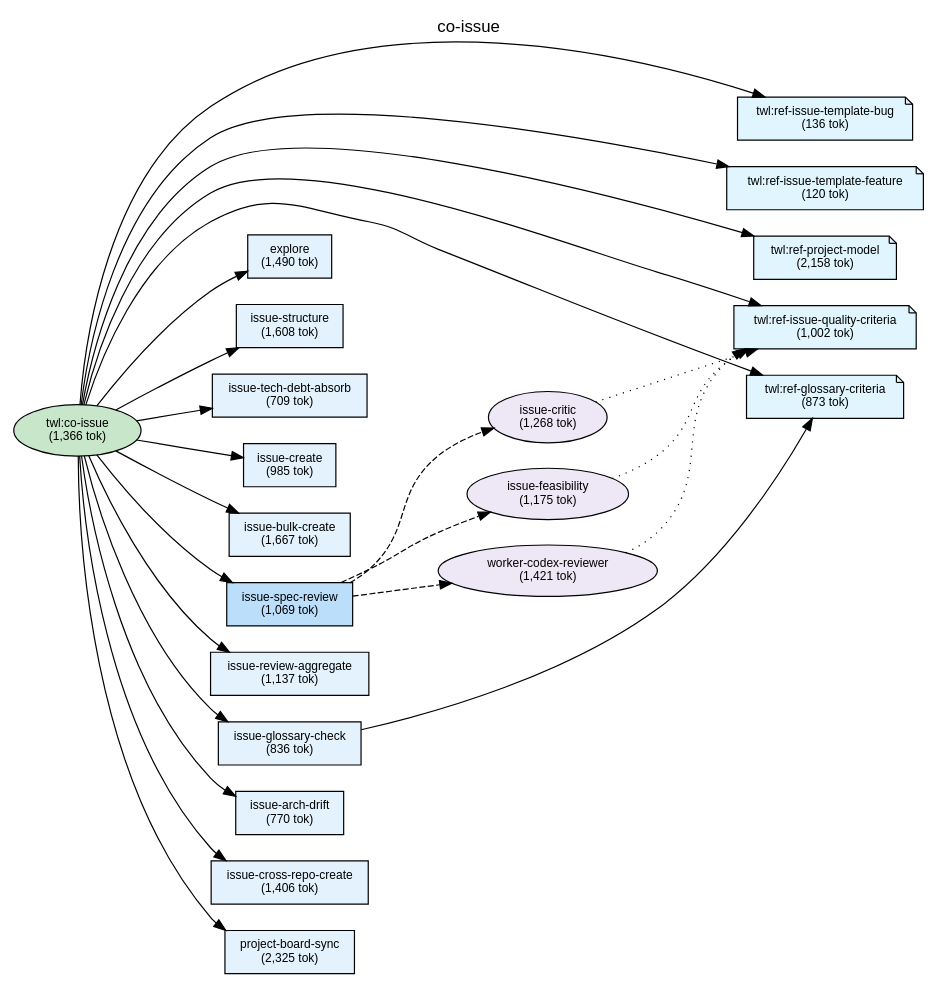
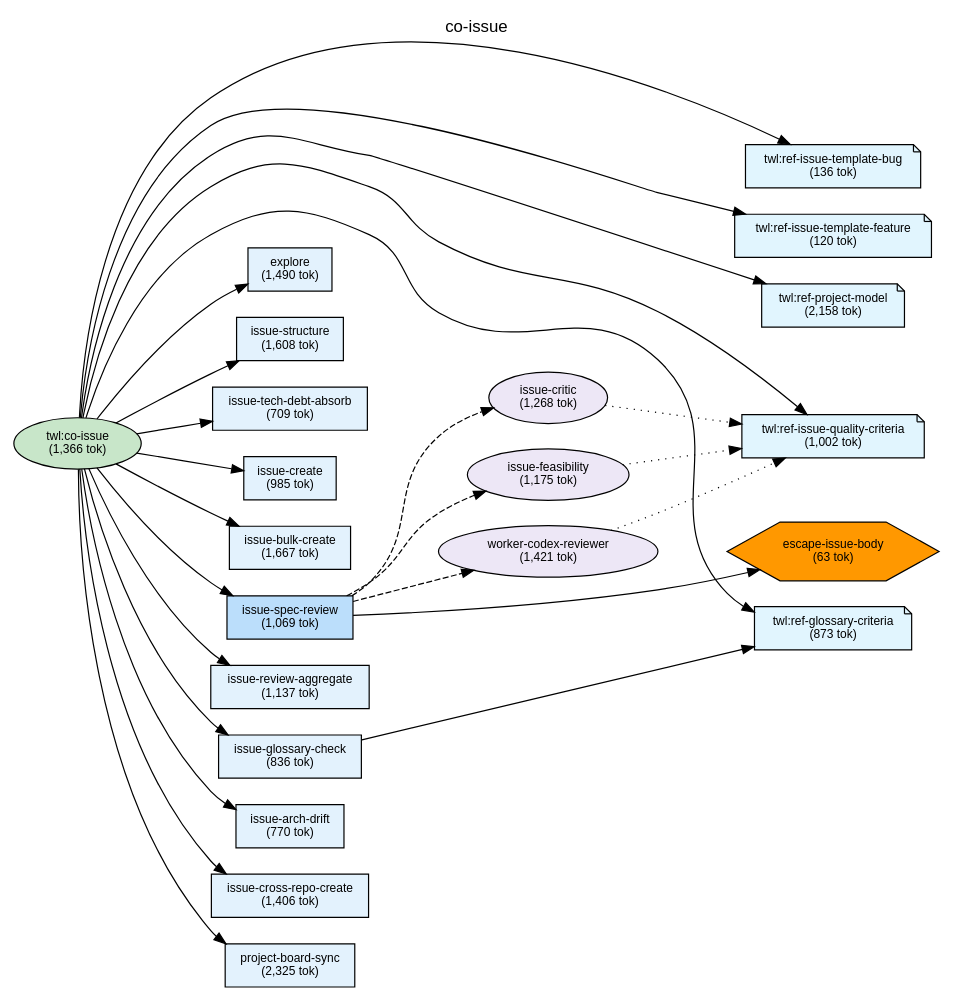
The diagram in plugins/twl/docs/deps-co-issue.dot (shuu5/twill), drawn with Graphviz before and after one commit. The commit also changed 17 other files, not shown here.

```diff
--- a/plugins/twl/docs/deps-co-issue.dot
+++ b/plugins/twl/docs/deps-co-issue.dot
@@ -1,101 +1,105 @@
 digraph Dependencies {
     // Graph settings
     rankdir=LR;
     ranksep=0.8;
     nodesep=0.3;
     fontname="Helvetica";
     node [fontname="Helvetica", fontsize=10];
     edge [fontname="Helvetica", fontsize=9];
     label="co-issue";
     labelloc=t;
     fontsize=14;
 
     // L0: Controller Skills
     skill_co_issue [label="twl:co-issue\n(1,366 tok)", shape=ellipse, style=filled, fillcolor="#c8e6c9"];
 
     // L0: Launchers
 
     // L0.5: Workflow Skills
 
     // Reference Skills
     skill_ref_issue_template_bug [label="twl:ref-issue-template-bug\n(136 tok)", shape=note, style=filled, fillcolor="#e1f5fe"];
     skill_ref_issue_template_feature [label="twl:ref-issue-template-feature\n(120 tok)", shape=note, style=filled, fillcolor="#e1f5fe"];
     skill_ref_project_model [label="twl:ref-project-model\n(2,158 tok)", shape=note, style=filled, fillcolor="#e1f5fe"];
     skill_ref_issue_quality_criteria [label="twl:ref-issue-quality-criteria\n(1,002 tok)", shape=note, style=filled, fillcolor="#e1f5fe"];
     skill_ref_glossary_criteria [label="twl:ref-glossary-criteria\n(873 tok)", shape=note, style=filled, fillcolor="#e1f5fe"];
 
     // L1: Direct Commands
     cmd_issue_structure [label="issue-structure\n(1,608 tok)", shape=box, style=filled, fillcolor="#e3f2fd"];
     cmd_issue_create [label="issue-create\n(985 tok)", shape=box, style=filled, fillcolor="#e3f2fd"];
     cmd_issue_bulk_create [label="issue-bulk-create\n(1,667 tok)", shape=box, style=filled, fillcolor="#e3f2fd"];
     cmd_issue_tech_debt_absorb [label="issue-tech-debt-absorb\n(709 tok)", shape=box, style=filled, fillcolor="#e3f2fd"];
     cmd_issue_spec_review [label="issue-spec-review\n(1,069 tok)", shape=box, style=filled, fillcolor="#bbdefb"];
     cmd_issue_review_aggregate [label="issue-review-aggregate\n(1,137 tok)", shape=box, style=filled, fillcolor="#e3f2fd"];
     cmd_issue_glossary_check [label="issue-glossary-check\n(836 tok)", shape=box, style=filled, fillcolor="#e3f2fd"];
     cmd_issue_arch_drift [label="issue-arch-drift\n(770 tok)", shape=box, style=filled, fillcolor="#e3f2fd"];
     cmd_issue_cross_repo_create [label="issue-cross-repo-create\n(1,406 tok)", shape=box, style=filled, fillcolor="#e3f2fd"];
     cmd_project_board_sync [label="project-board-sync\n(2,325 tok)", shape=box, style=filled, fillcolor="#e3f2fd"];
     cmd_explore [label="explore\n(1,490 tok)", shape=box, style=filled, fillcolor="#e3f2fd"];
 
     // L2: Sub Commands
 
     // L3: Agents
     agent_issue_critic [label="issue-critic\n(1,268 tok)", shape=ellipse, style=filled, fillcolor="#ede7f6"];
     agent_issue_feasibility [label="issue-feasibility\n(1,175 tok)", shape=ellipse, style=filled, fillcolor="#ede7f6"];
     agent_worker_codex_reviewer [label="worker-codex-reviewer\n(1,421 tok)", shape=ellipse, style=filled, fillcolor="#ede7f6"];
 
     // L3.5: Scripts
+    script_escape_issue_body [label="escape-issue-body\n(63 tok)", shape=hexagon, style=filled, fillcolor="#FF9800"];
 
     // L4: External
 
     // Layer constraints
     { rank=same; skill_co_issue; }
     { rank=same; skill_ref_issue_template_bug; skill_ref_issue_template_feature; skill_ref_project_model; skill_ref_issue_quality_criteria; skill_ref_glossary_criteria; }
     { rank=same; cmd_issue_structure; cmd_issue_create; cmd_issue_bulk_create; cmd_issue_tech_debt_absorb; cmd_issue_spec_review; cmd_issue_review_aggregate; cmd_issue_glossary_check; cmd_issue_arch_drift; cmd_issue_cross_repo_create; cmd_project_board_sync; cmd_explore; }
     { rank=same; agent_issue_critic; agent_issue_feasibility; agent_worker_codex_reviewer; }
+    { rank=same; script_escape_issue_body; }
 
     // Edges
     skill_co_issue -> cmd_explore;
     skill_co_issue -> cmd_issue_structure;
     skill_co_issue -> cmd_issue_tech_debt_absorb;
     skill_co_issue -> cmd_issue_create;
     skill_co_issue -> cmd_issue_bulk_create;
     skill_co_issue -> cmd_issue_spec_review;
     skill_co_issue -> cmd_issue_review_aggregate;
     skill_co_issue -> cmd_issue_glossary_check;
     skill_co_issue -> cmd_issue_arch_drift;
     skill_co_issue -> cmd_issue_cross_repo_create;
     skill_co_issue -> cmd_project_board_sync;
     skill_co_issue -> skill_ref_issue_template_bug;
     skill_co_issue -> skill_ref_issue_template_feature;
     skill_co_issue -> skill_ref_project_model;
     skill_co_issue -> skill_ref_issue_quality_criteria;
     skill_co_issue -> skill_ref_glossary_criteria;
     cmd_issue_spec_review -> agent_issue_critic [style=dashed];
     cmd_issue_spec_review -> agent_issue_feasibility [style=dashed];
     cmd_issue_spec_review -> agent_worker_codex_reviewer [style=dashed];
+    cmd_issue_spec_review -> script_escape_issue_body;
     cmd_issue_glossary_check -> skill_ref_glossary_criteria;
     agent_issue_critic -> skill_ref_issue_quality_criteria [style=dotted];
     agent_issue_feasibility -> skill_ref_issue_quality_criteria [style=dotted];
     agent_worker_codex_reviewer -> skill_ref_issue_quality_criteria [style=dotted];
 
     // Ordering constraints (invisible edges)
     cmd_explore -> cmd_issue_structure [style=invis, weight=10];
     cmd_issue_structure -> cmd_issue_tech_debt_absorb [style=invis, weight=10];
     cmd_issue_tech_debt_absorb -> cmd_issue_create [style=invis, weight=10];
     cmd_issue_create -> cmd_issue_bulk_create [style=invis, weight=10];
     cmd_issue_bulk_create -> cmd_issue_spec_review [style=invis, weight=10];
     cmd_issue_spec_review -> cmd_issue_review_aggregate [style=invis, weight=10];
     cmd_issue_review_aggregate -> cmd_issue_glossary_check [style=invis, weight=10];
     cmd_issue_glossary_check -> cmd_issue_arch_drift [style=invis, weight=10];
     cmd_issue_arch_drift -> cmd_issue_cross_repo_create [style=invis, weight=10];
     cmd_issue_cross_repo_create -> cmd_project_board_sync [style=invis, weight=10];
     cmd_project_board_sync -> skill_ref_issue_template_bug [style=invis, weight=10];
     skill_ref_issue_template_bug -> skill_ref_issue_template_feature [style=invis, weight=10];
     skill_ref_issue_template_feature -> skill_ref_project_model [style=invis, weight=10];
     skill_ref_project_model -> skill_ref_issue_quality_criteria [style=invis, weight=10];
     skill_ref_issue_quality_criteria -> skill_ref_glossary_criteria [style=invis, weight=10];
     agent_issue_critic -> agent_issue_feasibility [style=invis, weight=10];
     agent_issue_feasibility -> agent_worker_codex_reviewer [style=invis, weight=10];
+    agent_worker_codex_reviewer -> script_escape_issue_body [style=invis, weight=10];
 
 }
```
